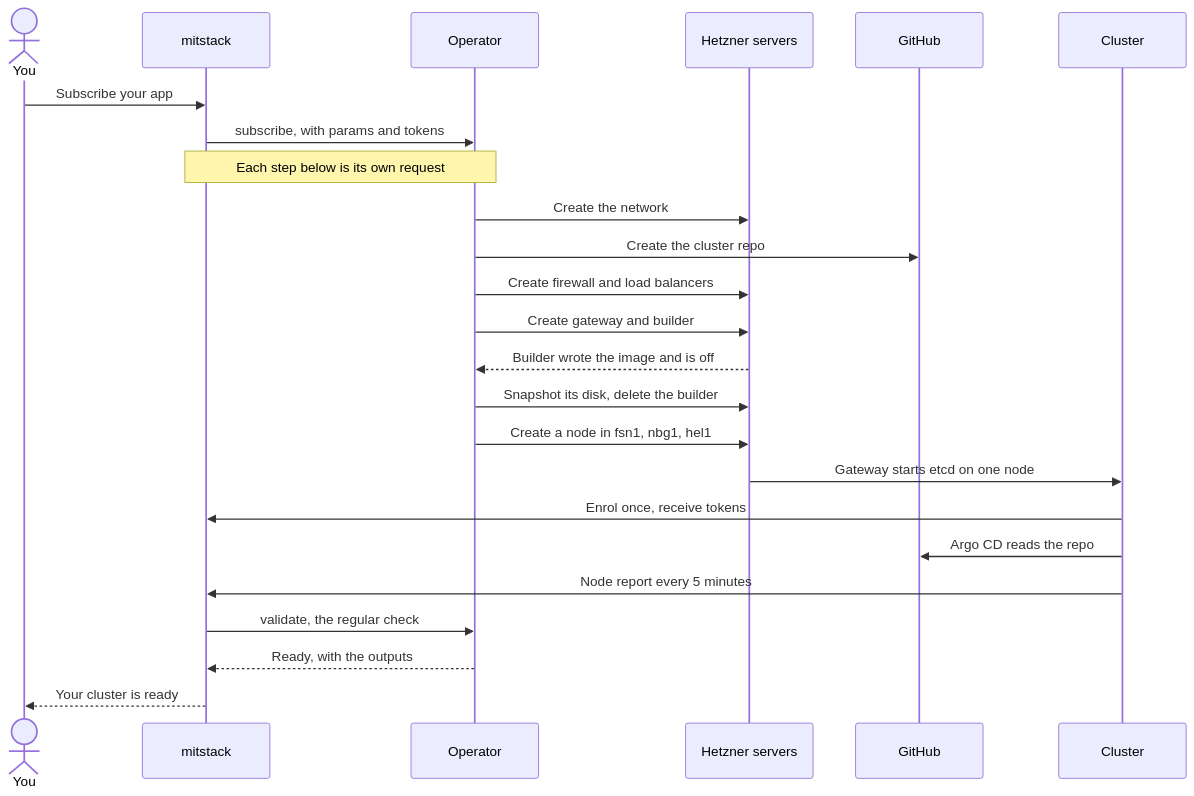
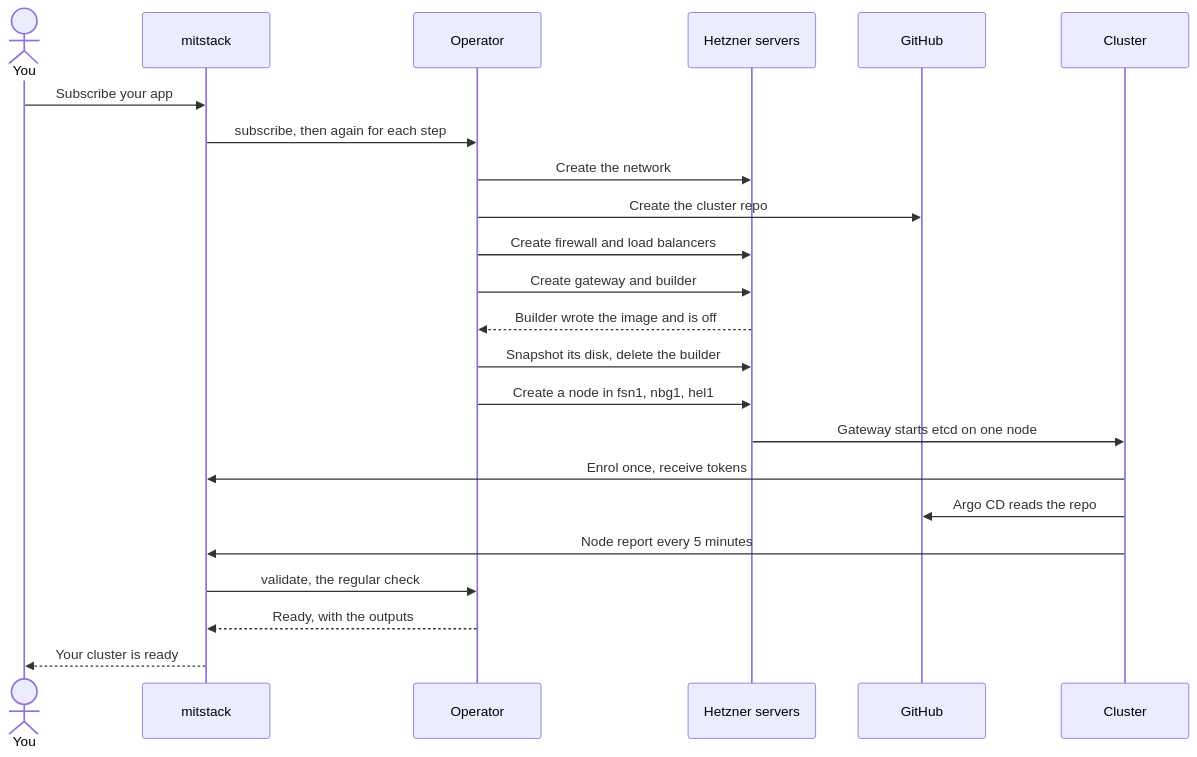
One commit to mitstack-eu/hcloud-talos-cluster changed the second of 2 diagrams in README.md. Above: the diagram before and after it, drawn with Mermaid. The commit also changed other lines of this file, not shown here.

````diff
--- a/README.md
+++ b/README.md
@@ -61,26 +61,25 @@
 ```mermaid
 sequenceDiagram
     actor You
     participant M as mitstack
     participant O as Operator
     participant H as Hetzner servers
     participant G as GitHub
     participant C as Cluster
     You->>M: Subscribe your app
-    M->>O: subscribe, with params and tokens
-    Note over M,O: Each step below is its own request
+    M->>O: subscribe, then again for each step
     O->>H: Create the network
     O->>G: Create the cluster repo
     O->>H: Create firewall and load balancers
     O->>H: Create gateway and builder
     H-->>O: Builder wrote the image and is off
     O->>H: Snapshot its disk, delete the builder
     O->>H: Create a node in fsn1, nbg1, hel1
     H->>C: Gateway starts etcd on one node
     C->>M: Enrol once, receive tokens
     C->>G: Argo CD reads the repo
     C->>M: Node report every 5 minutes
     M->>O: validate, the regular check
     O-->>M: Ready, with the outputs
     M-->>You: Your cluster is ready
 ```
````
